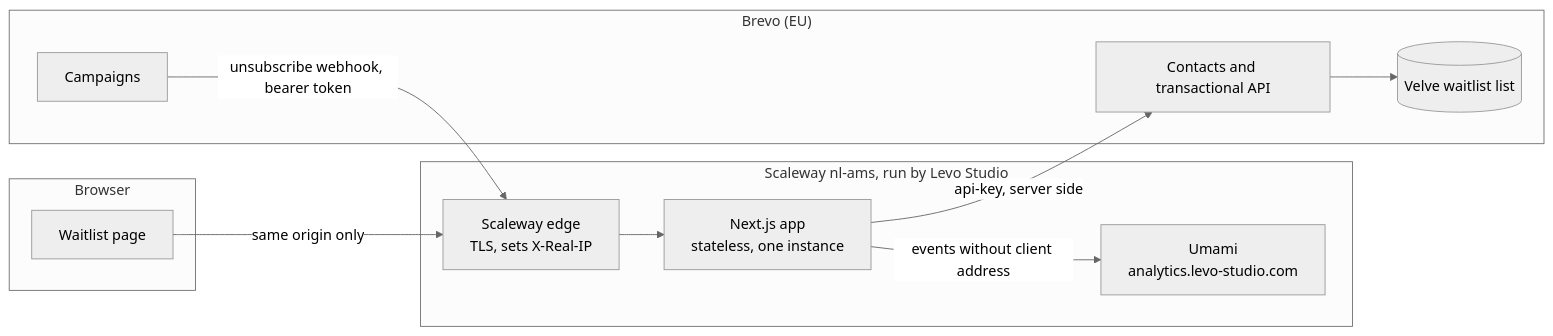
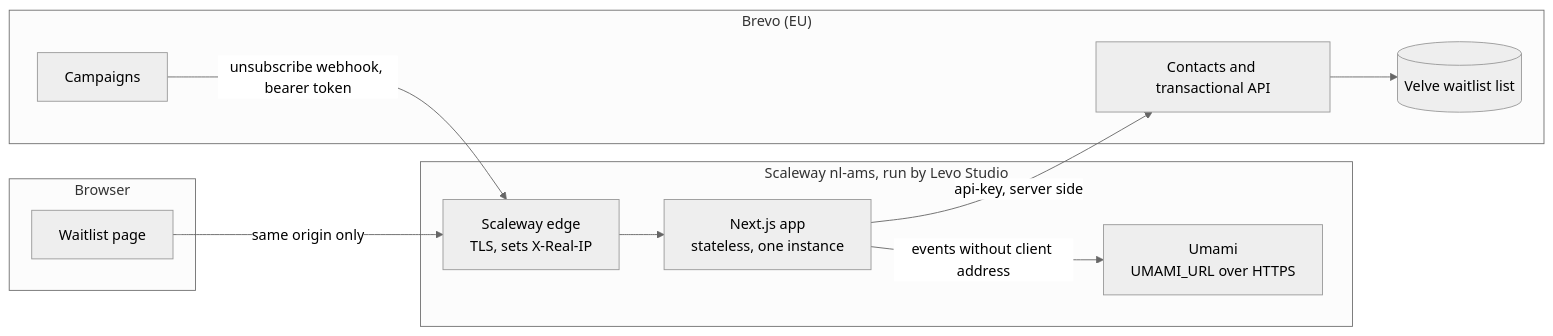
The first of 3 diagrams in docs/architecture/README.md (velve-dev/velve-waitlist), drawn with Mermaid (neutral theme) before and after one commit. The commit also changed 3 other files, not shown here.

````diff
--- a/docs/architecture/README.md
+++ b/docs/architecture/README.md
@@ -5,20 +5,20 @@
 ```mermaid
 flowchart LR
   subgraph Browser
     page[Waitlist page]
   end
   subgraph Levo["Scaleway nl-ams, run by Levo Studio"]
     edge[Scaleway edge<br/>TLS, sets X-Real-IP]
     app[Next.js app<br/>stateless, one instance]
-    umami[Umami<br/>analytics.levo-studio.com]
+    umami[Umami<br/>UMAMI_URL over HTTPS]
   end
   subgraph Brevo["Brevo (EU)"]
     api[Contacts and transactional API]
     list[(Velve waitlist list)]
     campaigns[Campaigns]
   end
   page -- "same origin only" --> edge --> app
   app -- "api-key, server side" --> api --> list
   app -- "events without client address" --> umami
   campaigns -- "unsubscribe webhook, bearer token" --> edge
 ```
````
